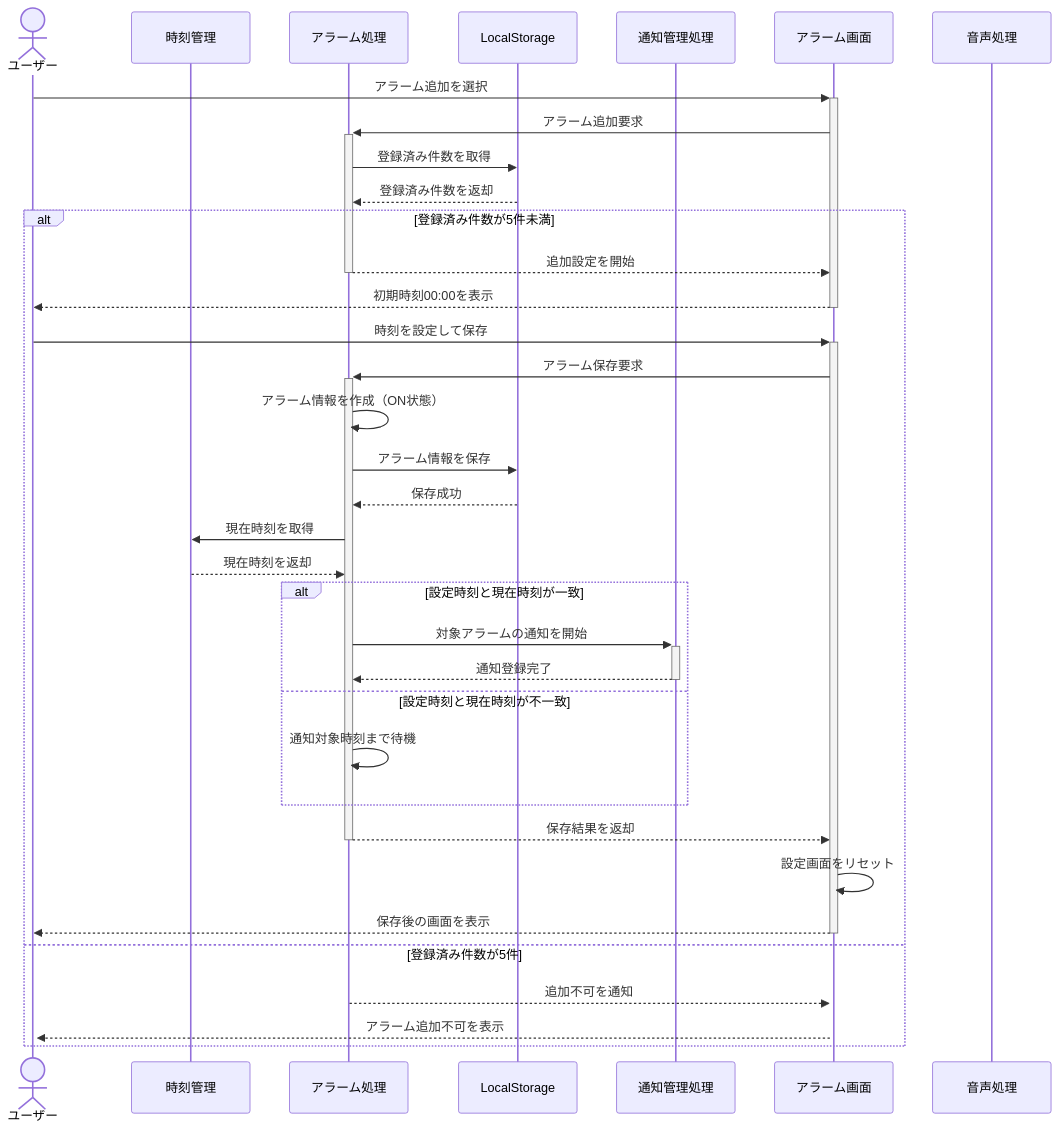
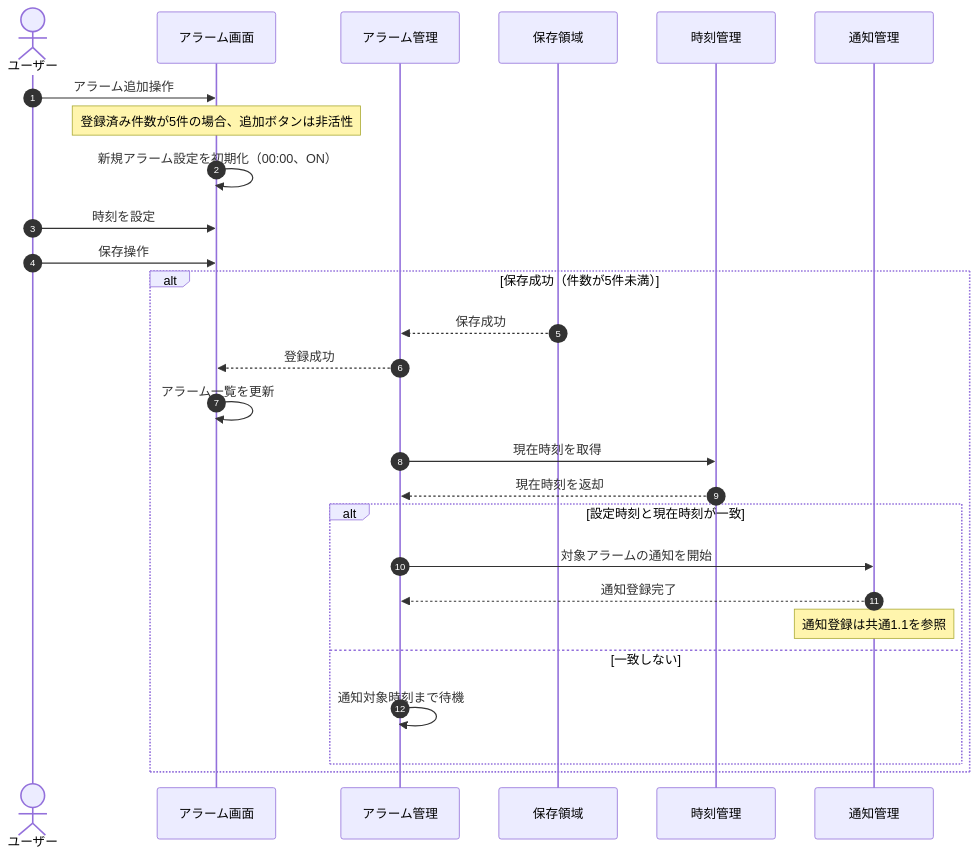
One commit to shun62201234-crypto/timerApplication changed the first of 6 diagrams in document/設計/シーケンス図/アラームシーケンス図.md. Above: the diagram before and after it, drawn with Mermaid. The commit also changed other lines of this file, not shown here.

First line of the commit message:
アラームシーケンス図の整理と共通処理への集約

````diff
--- a/document/設計/シーケンス図/アラームシーケンス図.md
+++ b/document/設計/シーケンス図/アラームシーケンス図.md
@@ -3,43 +3,34 @@
 ```mermaid
 sequenceDiagram
+    autonumber
     actor User as ユーザー
+    participant UI as アラーム画面
+    participant Alarm as アラーム管理
+    participant Storage as 保存領域
     participant Clock as 時刻管理
-    participant Alarm as アラーム処理
-    participant Storage as LocalStorage
-    participant Notify as 通知管理処理
-    participant UI as アラーム画面
-    participant Audio as 音声処理
+    participant Notify as 通知管理
 
-    User->>+UI: アラーム追加を選択
-    UI->>+Alarm: アラーム追加要求
-    Alarm->>Storage: 登録済み件数を取得
-    Storage-->>Alarm: 登録済み件数を返却
+    User->>UI: アラーム追加操作
+    Note over UI: 登録済み件数が5件の場合、追加ボタンは非活性
 
-    alt 登録済み件数が5件未満
-        Alarm-->>-UI: 追加設定を開始
-        UI-->>-User: 初期時刻00:00を表示
+    UI->>UI: 新規アラーム設定を初期化（00:00、ON）
+    User->>UI: 時刻を設定
+    User->>UI: 保存操作
 
-        User->>+UI: 時刻を設定して保存
-        UI->>+Alarm: アラーム保存要求
-        Alarm->>Alarm: アラーム情報を作成（ON状態）
-        Alarm->>Storage: アラーム情報を保存
+    alt 保存成功（件数が5件未満）
         Storage-->>Alarm: 保存成功
+        Alarm-->>UI: 登録成功
+        UI->>UI: アラーム一覧を更新
+
         Alarm->>Clock: 現在時刻を取得
         Clock-->>Alarm: 現在時刻を返却
 
         alt 設定時刻と現在時刻が一致
-            Alarm->>+Notify: 対象アラームの通知を開始
-            Notify-->>-Alarm: 通知登録完了
-        else 設定時刻と現在時刻が不一致
+            Alarm->>Notify: 対象アラームの通知を開始
+            Notify-->>Alarm: 通知登録完了
+            Note over Notify: 通知登録は共通1.1を参照
+        else 一致しない
             Alarm->>Alarm: 通知対象時刻まで待機
         end
-
-        Alarm-->>-UI: 保存結果を返却
-        UI->>UI: 設定画面をリセット
-        UI-->>-User: 保存後の画面を表示
-
-    else 登録済み件数が5件
-        Alarm-->>+UI: 追加不可を通知
-        UI-->>+User: アラーム追加不可を表示
     end
 ```
````
